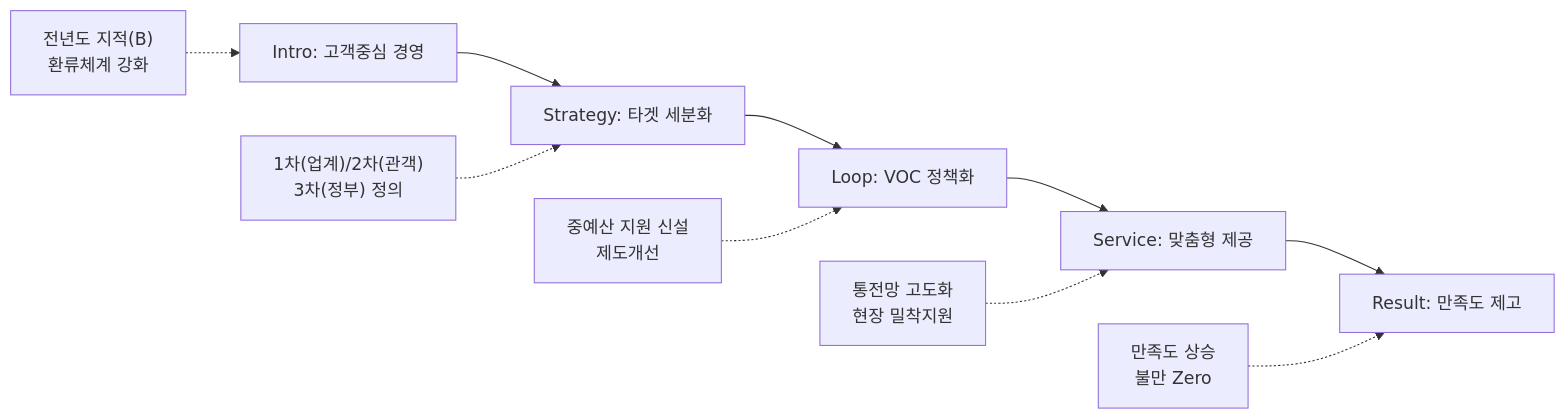
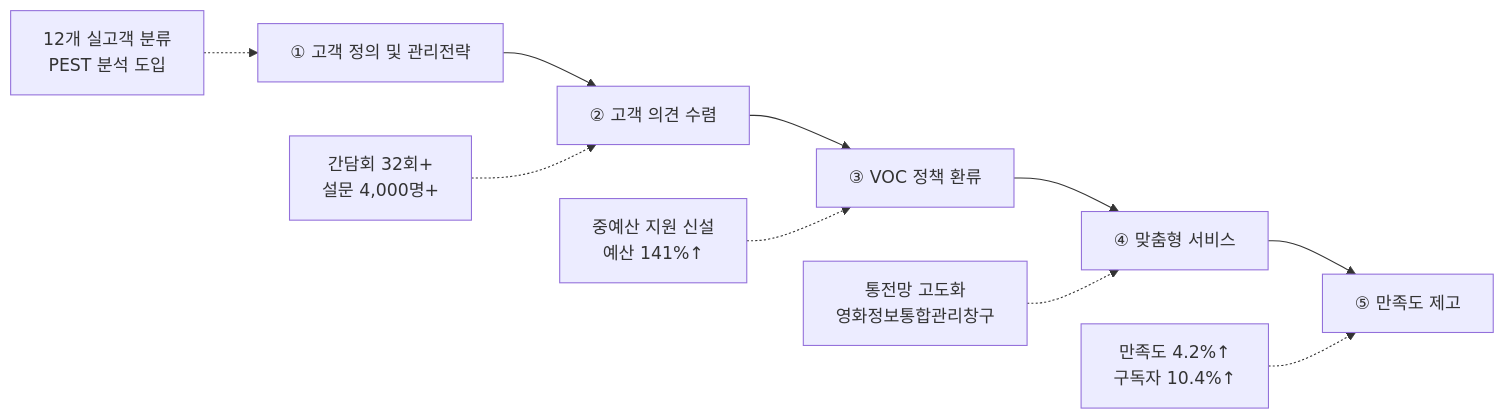
One commit to lizard4r/eval25 changed the diagram in content/25년 경평/2_지표별 자료/1-11_고객관리_활동/5_지표_작성_방안.md. Above: the diagram before and after it, drawn with Mermaid. The commit also changed other lines of this file and 15 other files, not shown here.

````diff
--- a/content/25년 경평/2_지표별 자료/1-11_고객관리_활동/5_지표_작성_방안.md
+++ b/content/25년 경평/2_지표별 자료/1-11_고객관리_활동/5_지표_작성_방안.md
@@ -65,13 +65,13 @@
 ```mermaid
 graph LR
-    A["Intro: 고객중심 경영"] --> B["Strategy: 타겟 세분화"]
-    B --> C["Loop: VOC 정책화"]
-    C --> D["Service: 맞춤형 제공"]
-    D --> E["Result: 만족도 제고"]
+    A[① 고객 정의 및 관리전략] --> B[② 고객 의견 수렴]
+    B --> C[③ VOC 정책 환류]
+    C --> D[④ 맞춤형 서비스]
+    D --> E[⑤ 만족도 제고]
     
-    A1["전년도 지적(B)<br>환류체계 강화"] -.-> A
-    B1["1차(업계)/2차(관객)<br>3차(정부) 정의"] -.-> B
-    C1["중예산 지원 신설<br>제도개선"] -.-> C
-    D1["통전망 고도화<br>현장 밀착지원"] -.-> D
-    E1["만족도 상승<br>불만 Zero"] -.-> E
+    A1[12개 실고객 분류<br>PEST 분석 도입] -.-> A
+    B1[간담회 32회+<br>설문 4,000명+] -.-> B
+    C1[중예산 지원 신설<br>예산 141%↑] -.-> C
+    D1[통전망 고도화<br>영화정보통합관리창구] -.-> D
+    E1[만족도 4.2%↑<br>구독자 10.4%↑] -.-> E
 ```
````
